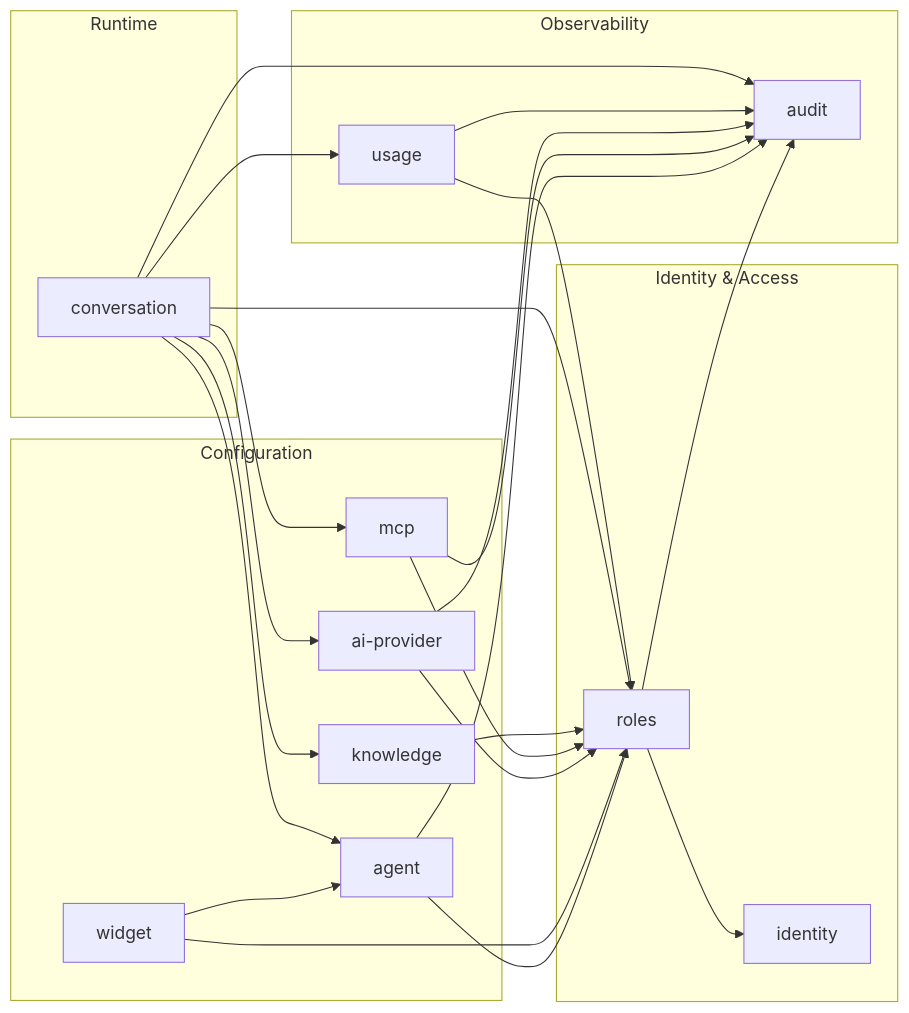
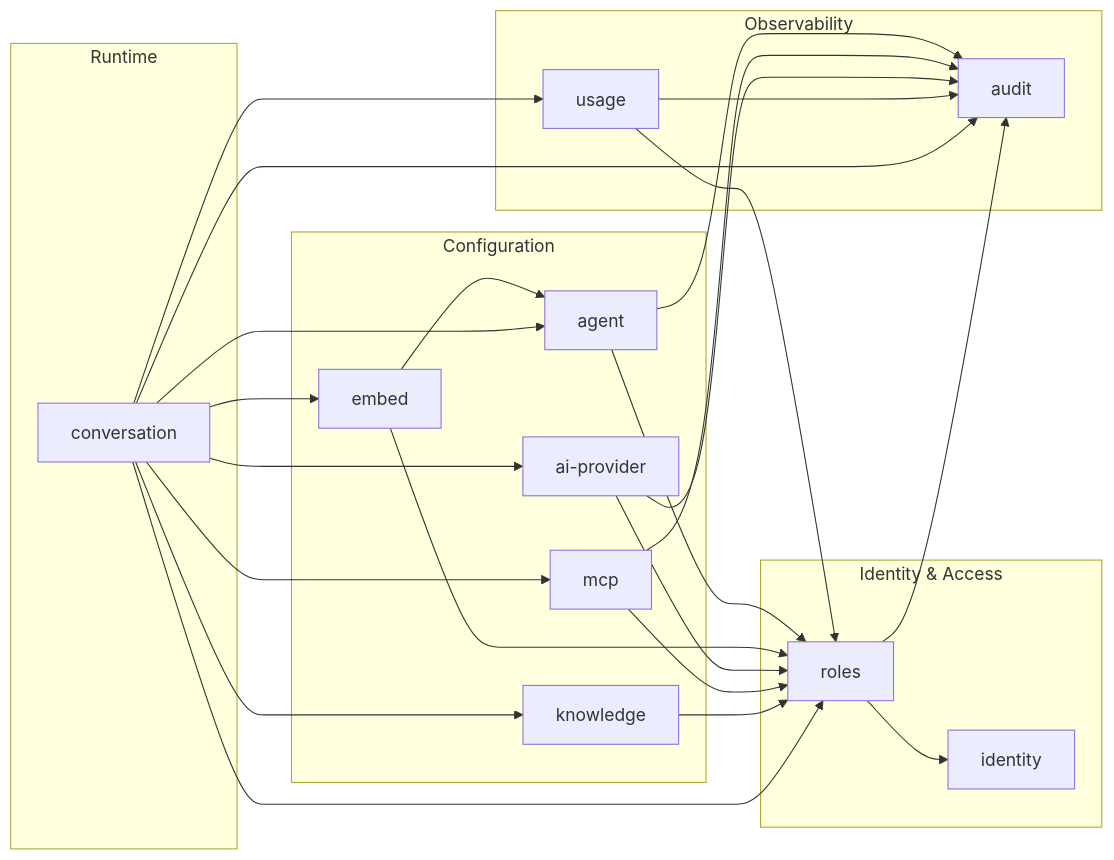
Before and after one commit to Talqo/talqo: the diagram in docs/architecture/module-diagram.md, drawn with Mermaid. The commit also changed other lines of this file and 274 other files, not shown here.

````diff
--- a/docs/architecture/module-diagram.md
+++ b/docs/architecture/module-diagram.md
@@ -9,48 +9,49 @@
 ```mermaid
 graph LR
     subgraph "Identity & Access"
         identity[identity]
         roles[roles]
     end
 
     subgraph "Configuration"
         agent[agent]
-        widget[widget]
+        embed[embed]
         ai_provider["ai-provider"]
         mcp[mcp]
         knowledge[knowledge]
     end
 
     subgraph "Runtime"
         conversation[conversation]
     end
 
     subgraph "Observability"
         usage[usage]
         audit[audit]
     end
 
     roles --> identity
 
     agent --> roles
-    widget --> agent
-    widget --> roles
+    embed --> agent
+    embed --> roles
     ai_provider --> roles
     mcp --> roles
     knowledge --> roles
     usage --> roles
 
+    conversation --> embed
     conversation --> agent
     conversation --> ai_provider
     conversation --> mcp
     conversation --> knowledge
     conversation --> usage
     conversation --> roles
 
     roles --> audit
     agent --> audit
     mcp --> audit
     ai_provider --> audit
     usage --> audit
     conversation --> audit
 ```
````
